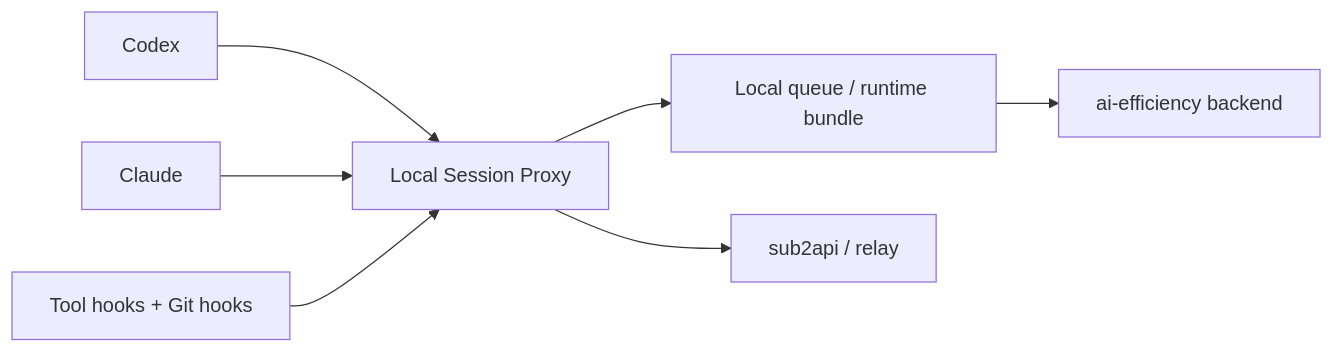
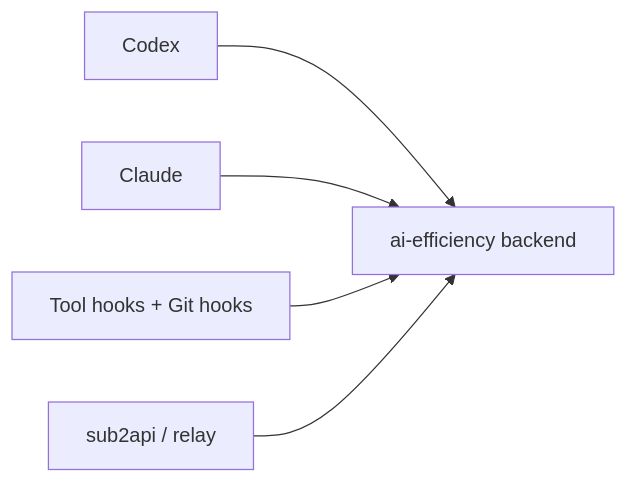
Before and after one commit to LichKing-2234/ai-efficiency: the fourth of 4 diagrams in docs/architecture.md, drawn with Mermaid. The commit also changed other lines of this file and 36 other files, not shown here.

Commit message:
refactor(session): retire legacy runtime surfaces

````diff
--- a/docs/architecture.md
+++ b/docs/architecture.md
@@ -183,17 +168,13 @@
 ```mermaid
 flowchart LR
     Codex["Codex"]
     Claude["Claude"]
     Hooks["Tool hooks + Git hooks"]
-    Proxy["Local Session Proxy"]
-    Queue["Local queue / runtime bundle"]
     Backend["ai-efficiency backend"]
     Relay["sub2api / relay"]
 
-    Codex --> Proxy
-    Claude --> Proxy
-    Hooks --> Proxy
-    Proxy --> Relay
-    Proxy --> Queue
-    Queue --> Backend
+    Codex --> Backend
+    Claude --> Backend
+    Hooks --> Backend
+    Relay --> Backend
 ```
````
